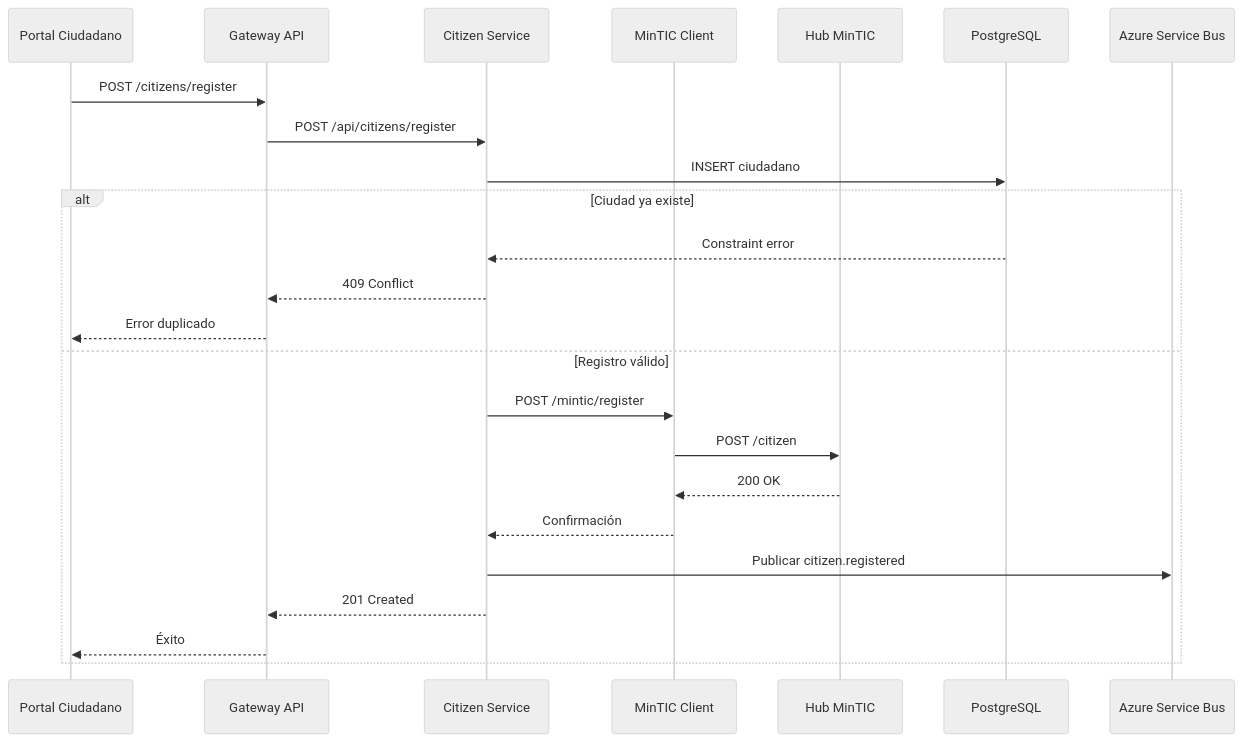
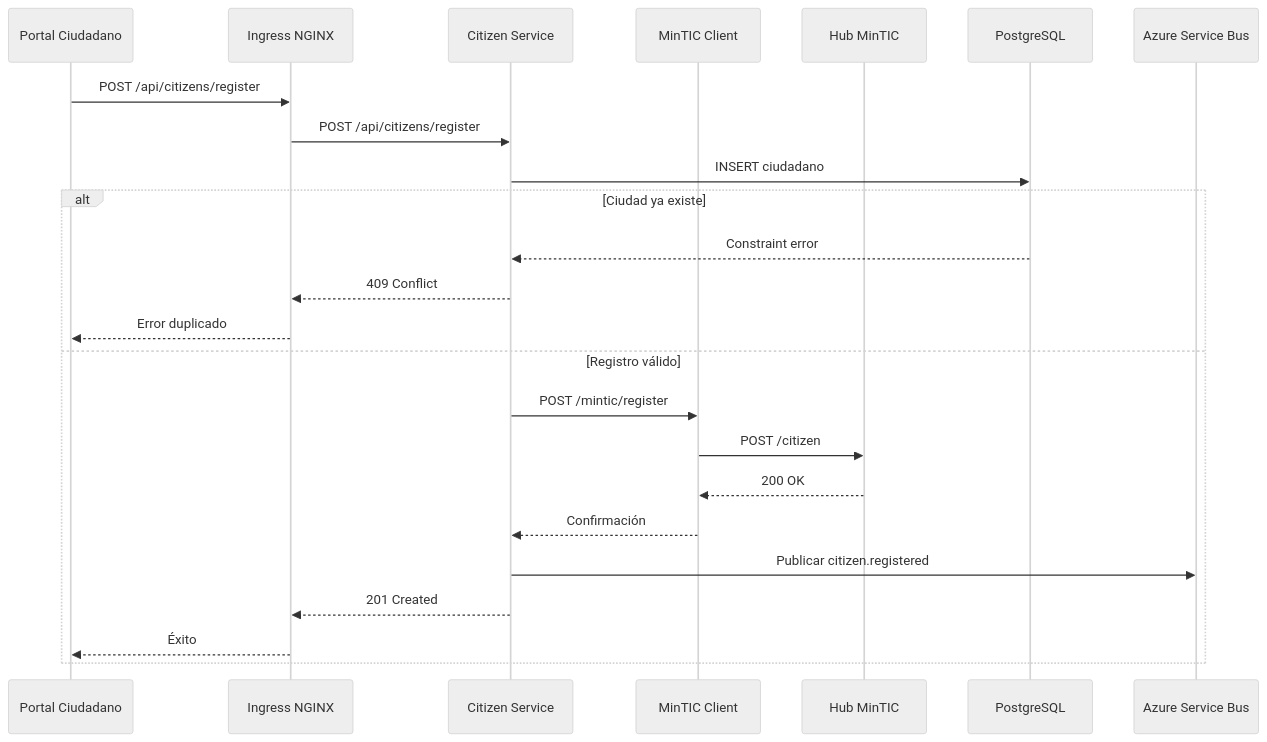
The fourth of 8 diagrams in docs/ARQUITECTURA_CARPETA_CIUDADANA.md (manuquistial/arquitectura-avanzada), drawn with Mermaid before and after one commit. The commit also changed other lines of this file and 5 other files, not shown here.

````diff
--- a/docs/ARQUITECTURA_CARPETA_CIUDADANA.md
+++ b/docs/ARQUITECTURA_CARPETA_CIUDADANA.md
@@ -262,28 +285,28 @@
 ```mermaid
 %%{init: {'theme': 'neutral'}}%%
 sequenceDiagram
     participant UI as Portal Ciudadano
-    participant GW as Gateway API
+    participant ING as Ingress NGINX
     participant CT as Citizen Service
     participant MC as MinTIC Client
     participant HUB as Hub MinTIC
     participant DB as PostgreSQL
     participant SB as Azure Service Bus
 
-    UI->>GW: POST /citizens/register
-    GW->>CT: POST /api/citizens/register
+    UI->>ING: POST /api/citizens/register
+    ING->>CT: POST /api/citizens/register
     CT->>DB: INSERT ciudadano
     alt Ciudad ya existe
         DB-->>CT: Constraint error
-        CT-->>GW: 409 Conflict
-        GW-->>UI: Error duplicado
+        CT-->>ING: 409 Conflict
+        ING-->>UI: Error duplicado
     else Registro válido
         CT->>MC: POST /mintic/register
         MC->>HUB: POST /citizen
         HUB-->>MC: 200 OK
         MC-->>CT: Confirmación
         CT->>SB: Publicar citizen.registered
-        CT-->>GW: 201 Created
-        GW-->>UI: Éxito
+        CT-->>ING: 201 Created
+        ING-->>UI: Éxito
     end
 ```
````
